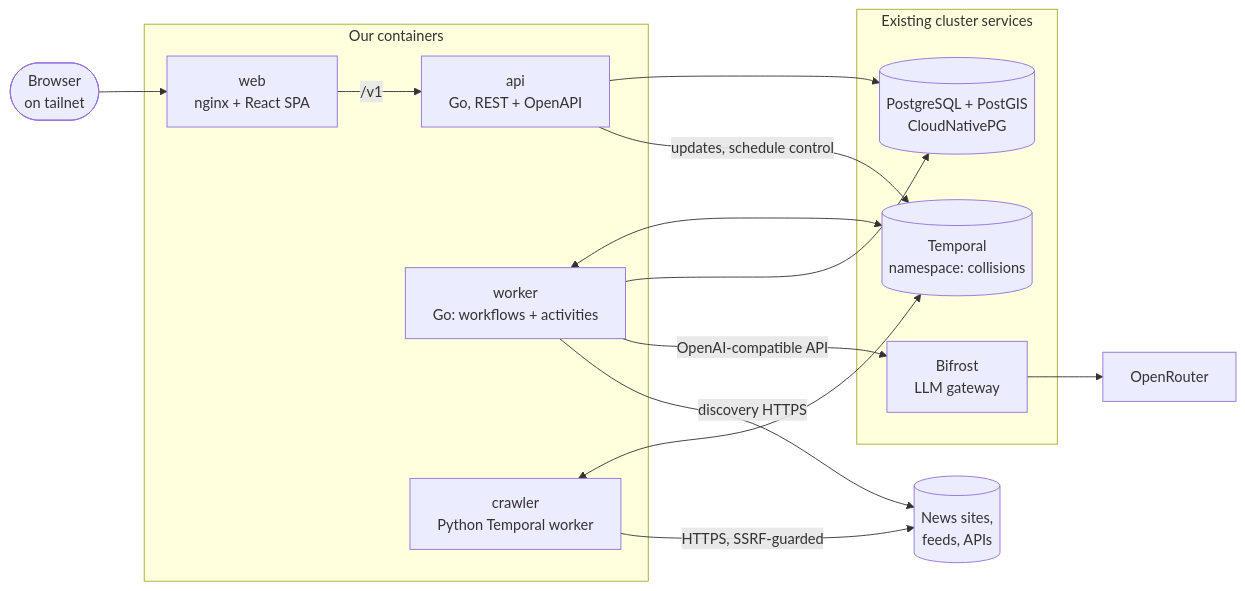
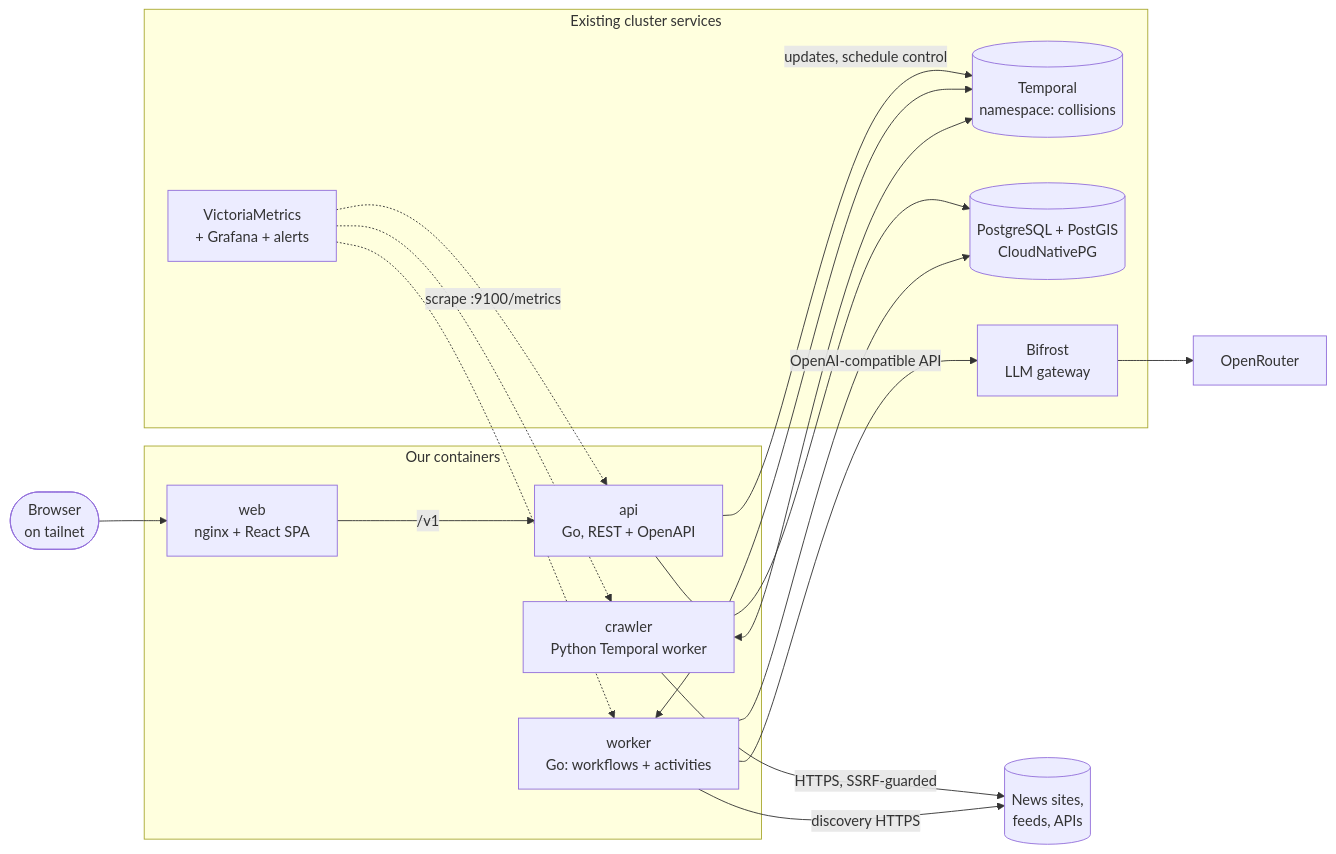
One commit to joshdurbin/vulnerable_user_incident_tracking changed the first of 13 diagrams in docs/design.md. Above: the diagram before and after it, drawn with Mermaid. The commit also changed other lines of this file and 2 other files, not shown here.

````diff
--- a/docs/design.md
+++ b/docs/design.md
@@ -25,28 +25,32 @@
 ```mermaid
 flowchart LR
   user([Browser<br/>on tailnet]) --> web
 
   subgraph ours[Our containers]
     web[web<br/>nginx + React SPA]
     api[api<br/>Go, REST + OpenAPI]
     worker[worker<br/>Go: workflows + activities]
     crawler[crawler<br/>Python Temporal worker]
   end
 
   subgraph cluster[Existing cluster services]
     temporal[(Temporal<br/>namespace: collisions)]
     pg[(PostgreSQL + PostGIS<br/>CloudNativePG)]
     bifrost[Bifrost<br/>LLM gateway]
+    vm[VictoriaMetrics<br/>+ Grafana + alerts]
   end
 
   web -- "/v1" --> api
   api --> pg
   api -- "updates, schedule control" --> temporal
   worker <--> temporal
   crawler <--> temporal
   worker --> pg
   worker -- "OpenAI-compatible API" --> bifrost
   bifrost --> or[OpenRouter]
   crawler -- "HTTPS, SSRF-guarded" --> web_pages[(News sites,<br/>feeds, APIs)]
   worker -- "discovery HTTPS" --> web_pages
+  vm -. "scrape :9100/metrics" .-> api
+  vm -.-> worker
+  vm -.-> crawler
 ```
````
